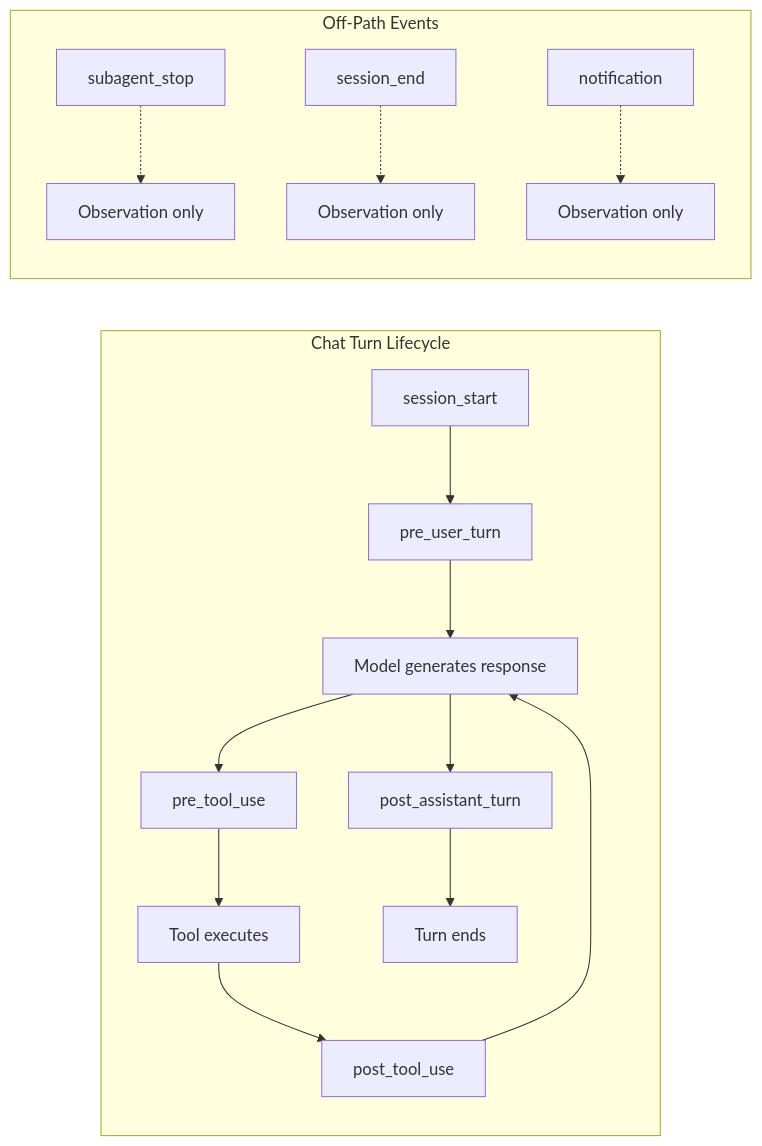
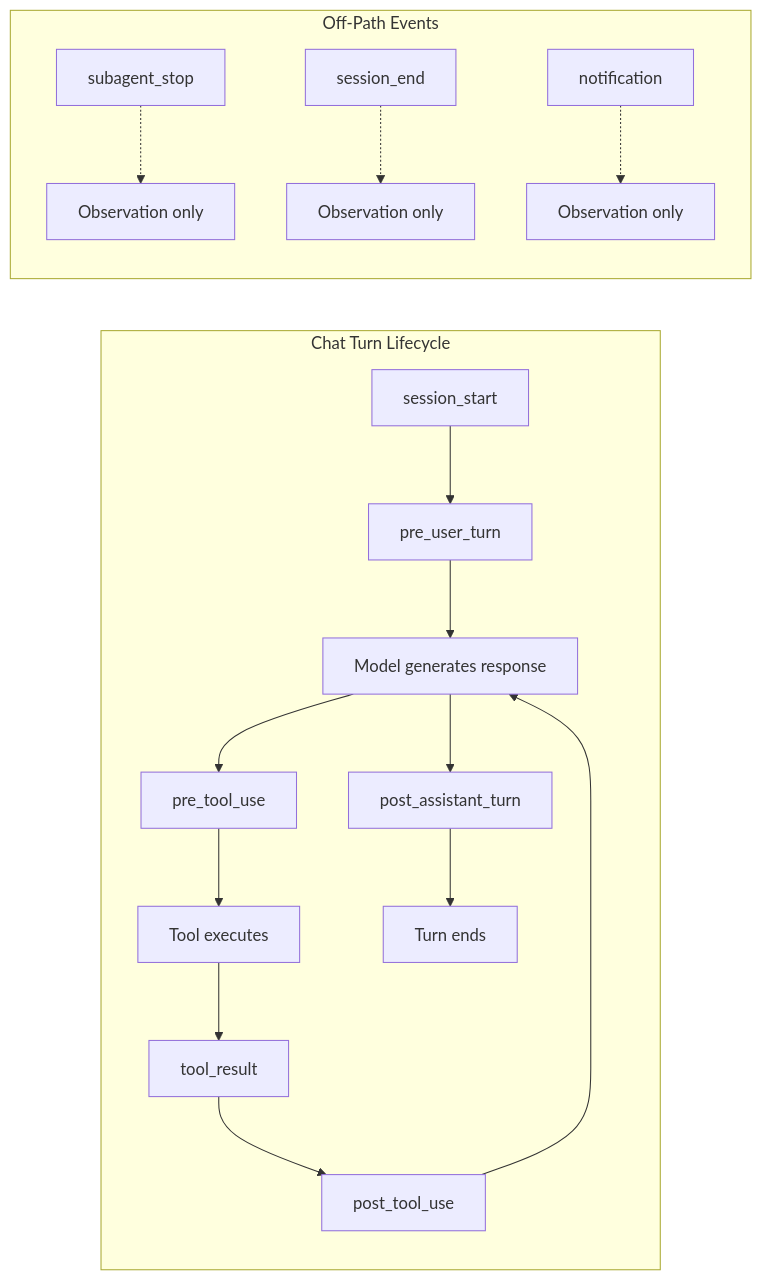
The second of 3 diagrams in content/docs/develop/extensions/hooks-lifecycle.mdx (amajorai/ryu-docs), drawn with Mermaid before and after one commit. The commit also changed other lines of this file and 16 other files, not shown here.

````diff
--- a/content/docs/develop/extensions/hooks-lifecycle.mdx
+++ b/content/docs/develop/extensions/hooks-lifecycle.mdx
@@ -65,19 +65,20 @@
 ```mermaid
 flowchart LR
   subgraph Chat Turn Lifecycle
     A[session_start] --> B[pre_user_turn]
     B --> C[Model generates response]
     C --> D[pre_tool_use]
     D --> E[Tool executes]
-    E --> F[post_tool_use]
+    E --> T[tool_result]
+    T --> F[post_tool_use]
     F --> C
     C --> G[post_assistant_turn]
     G --> H[Turn ends]
   end
 
   subgraph Off-Path Events
     I[subagent_stop] -.-> J[Observation only]
     K[session_end] -.-> L[Observation only]
     M[notification] -.-> N[Observation only]
   end
 ```
````
